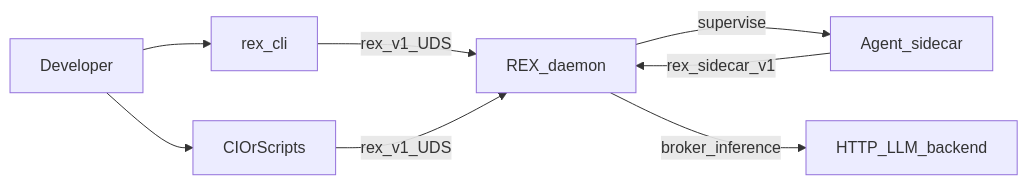
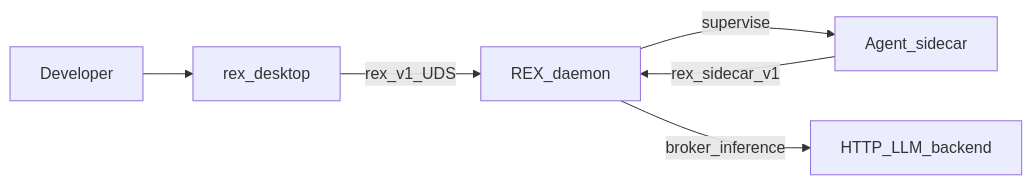
Before and after one commit to thsfranca/rex: the first of 3 diagrams in docs/ARCHITECTURE.md, drawn with Mermaid. The commit also changed other lines of this file and 8 other files, not shown here.

````diff
--- a/docs/ARCHITECTURE.md
+++ b/docs/ARCHITECTURE.md
@@ -55,16 +55,13 @@
 ```mermaid
 flowchart LR
  dev[Developer]
- cli[rex_cli]
- ci[CIOrScripts]
+ desktop[rex_desktop]
  rex[REX_daemon]
  side[Agent_sidecar]
  llm[HTTP_LLM_backend]
- dev --> cli
- dev --> ci
- cli -->|"rex_v1_UDS"| rex
- ci -->|"rex_v1_UDS"| rex
+ dev --> desktop
+ desktop -->|"rex_v1_UDS"| rex
  rex -->|supervise| side
  side -->|rex_sidecar_v1| rex
  rex -->|broker_inference| llm
 ```
````
